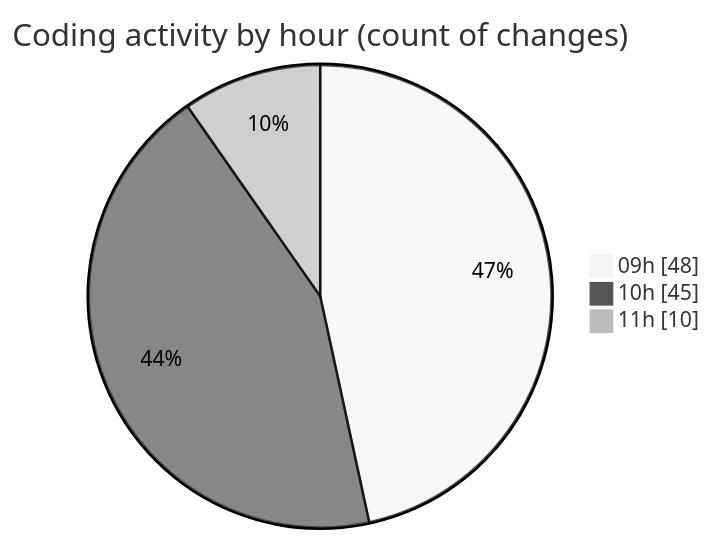
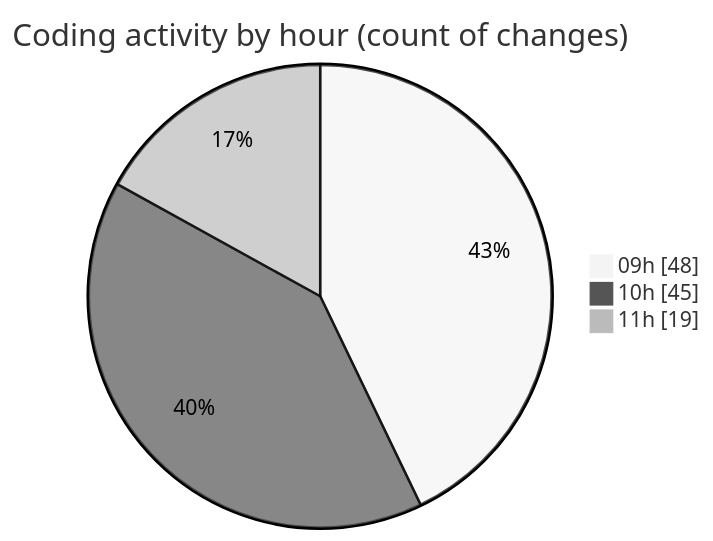
One commit to momahboobian/code-tracking changed the second of 2 diagrams in 2025-03-14/cda/README.md. Above: the diagram before and after it, drawn with Mermaid (neutral theme). The commit also changed other lines of this file and 1 other file, not shown here.

````diff
--- a/2025-03-14/cda/README.md
+++ b/2025-03-14/cda/README.md
@@ -45,7 +45,7 @@
 ```mermaid
 pie showData
 title Coding activity by hour (count of changes)
 "09h" : 48
 "10h" : 45
-"11h" : 10
+"11h" : 19
 ```
````
